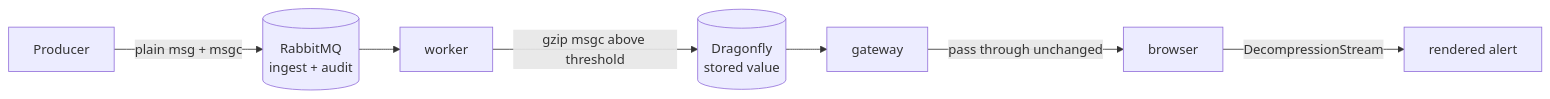
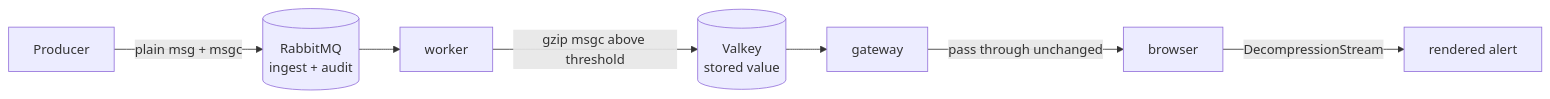
Before and after one commit to cucumberone/fire-watch: the diagram in docs/payload-and-compression.md, drawn with Mermaid. The commit also changed other lines of this file and 92 other files, not shown here.

````diff
--- a/docs/payload-and-compression.md
+++ b/docs/payload-and-compression.md
@@ -57,9 +57,9 @@
 ```mermaid
 flowchart LR
   P[Producer] -->|plain msg + msgc| RMQ[(RabbitMQ<br/>ingest + audit)]
   RMQ --> W[worker]
-  W -->|gzip msgc above threshold| DF[(Dragonfly<br/>stored value)]
+  W -->|gzip msgc above threshold| DF[(Valkey<br/>stored value)]
   DF --> G[gateway]
   G -->|pass through unchanged| FE[browser]
   FE -->|DecompressionStream| UI[rendered alert]
 ```
````
